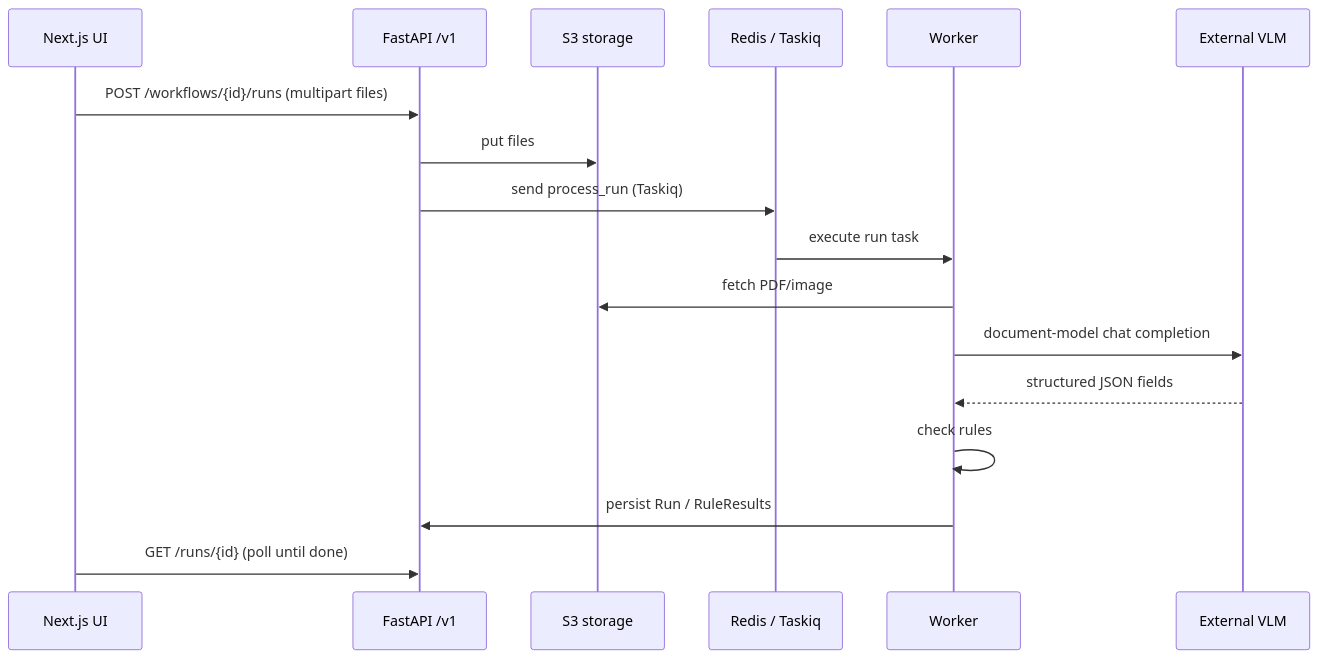
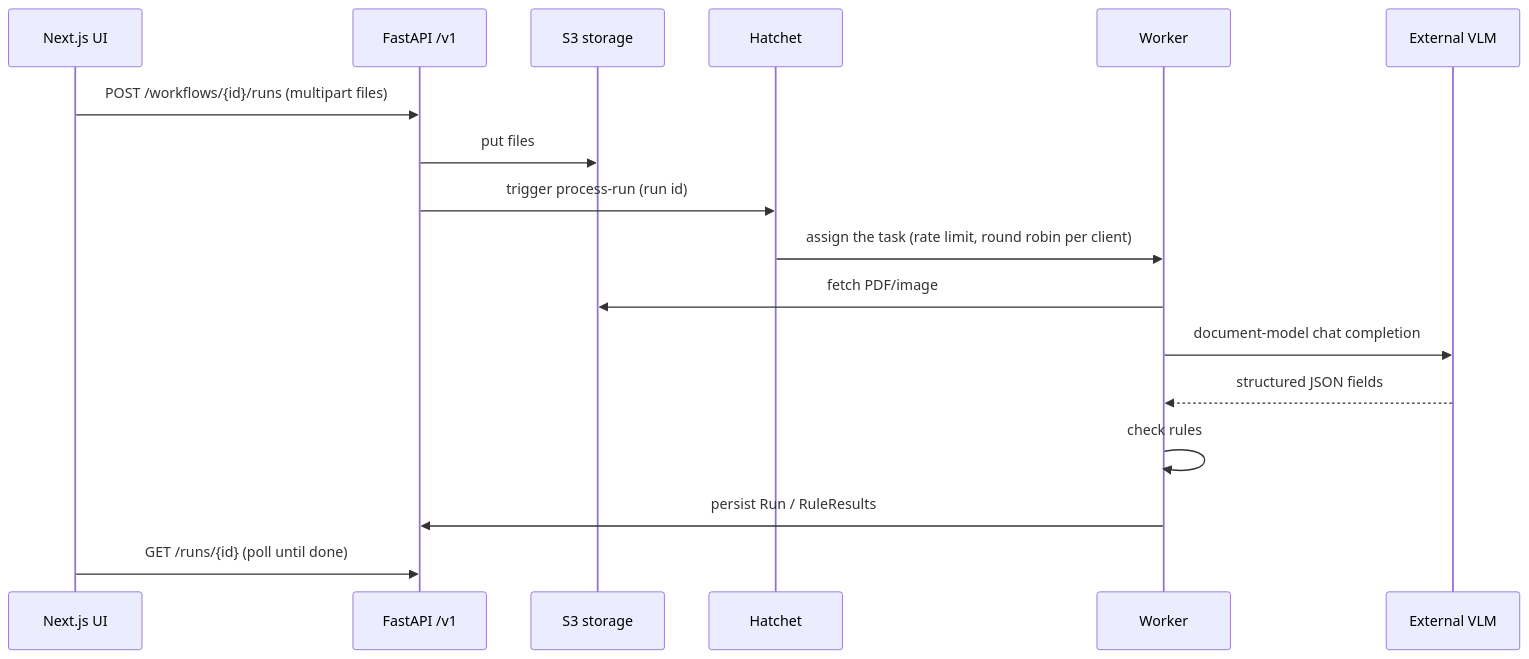
The diagram in CONTEXT.md (MehdiGououiad/repody), drawn with Mermaid before and after one commit. The commit also changed other lines of this file and 117 other files, not shown here.

````diff
--- a/CONTEXT.md
+++ b/CONTEXT.md
@@ -30,20 +30,20 @@
 ```mermaid
 sequenceDiagram
   participant UI as Next.js UI
   participant API as FastAPI /v1
   participant Store as S3 storage
-  participant Q as Redis / Taskiq
+  participant Q as Hatchet
   participant W as Worker
   participant Inf as External VLM
 
   UI->>API: POST /workflows/{id}/runs (multipart files)
   API->>Store: put files
-  API->>Q: send process_run (Taskiq)
-  Q->>W: execute run task
+  API->>Q: trigger process-run (run id)
+  Q->>W: assign the task (rate limit, round robin per client)
   W->>Store: fetch PDF/image
   W->>Inf: document-model chat completion
   Inf-->>W: structured JSON fields
   W->>W: check rules
   W->>API: persist Run / RuleResults
   UI->>API: GET /runs/{id} (poll until done)
 ```
````
